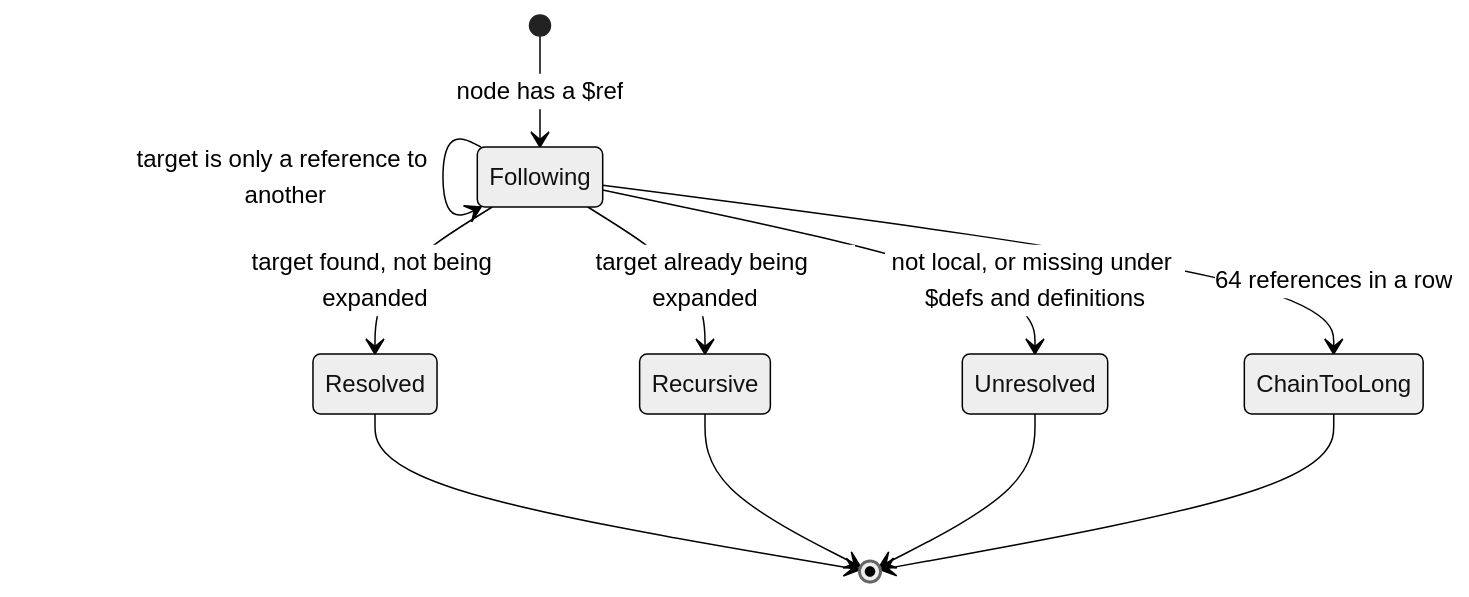
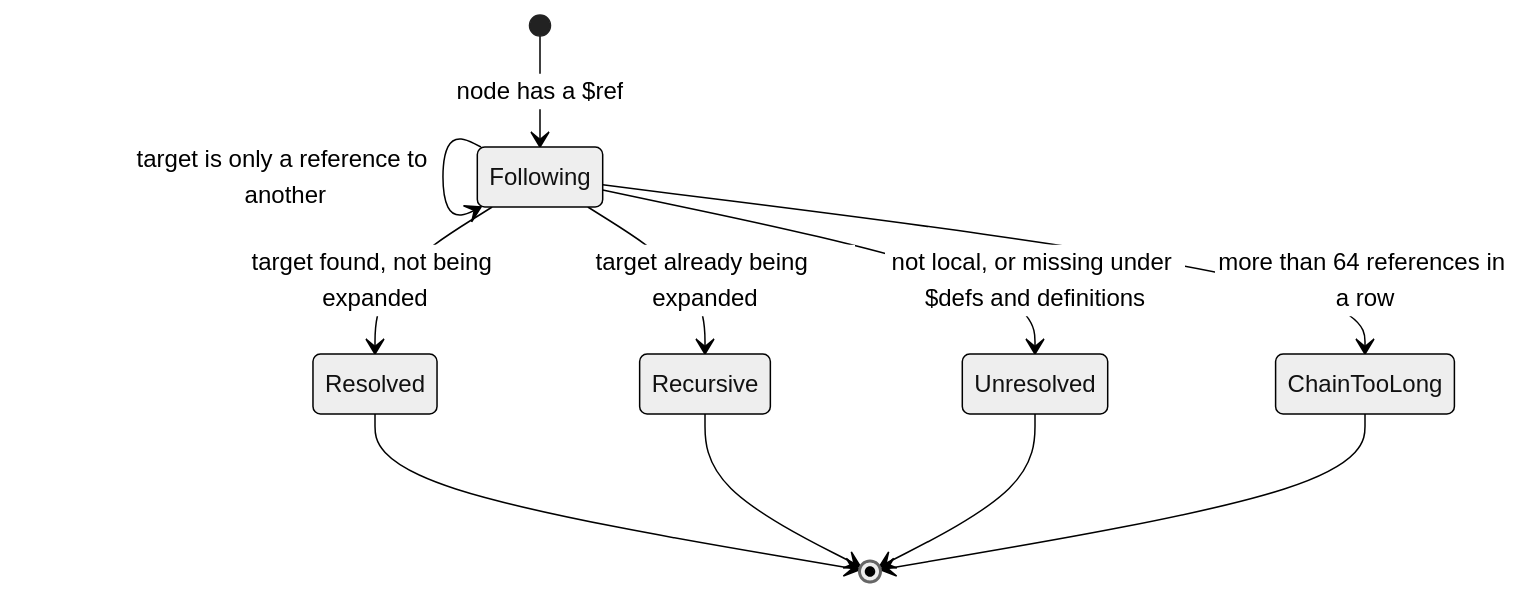
One commit to lunchbox-labs/opencode-tool-inspector changed the sixth of 7 diagrams in docs/state-machines.md. Above: the diagram before and after it, drawn with Mermaid (neutral theme). The commit also changed other lines of this file, not shown here.

Commit message:
Correct listing depth, root-union and chain-limit wording, and document the literal cache

````diff
--- a/docs/state-machines.md
+++ b/docs/state-machines.md
@@ -132,13 +132,13 @@
 ```mermaid
 stateDiagram-v2
     [*] --> Following: node has a $ref
     Following --> Following: target is only a reference to another
     Following --> Resolved: target found, not being expanded
     Following --> Recursive: target already being expanded
     Following --> Unresolved: not local, or missing under $defs and definitions
-    Following --> ChainTooLong: 64 references in a row
+    Following --> ChainTooLong: more than 64 references in a row
     Resolved --> [*]
     Recursive --> [*]
     Unresolved --> [*]
     ChainTooLong --> [*]
 ```
````
